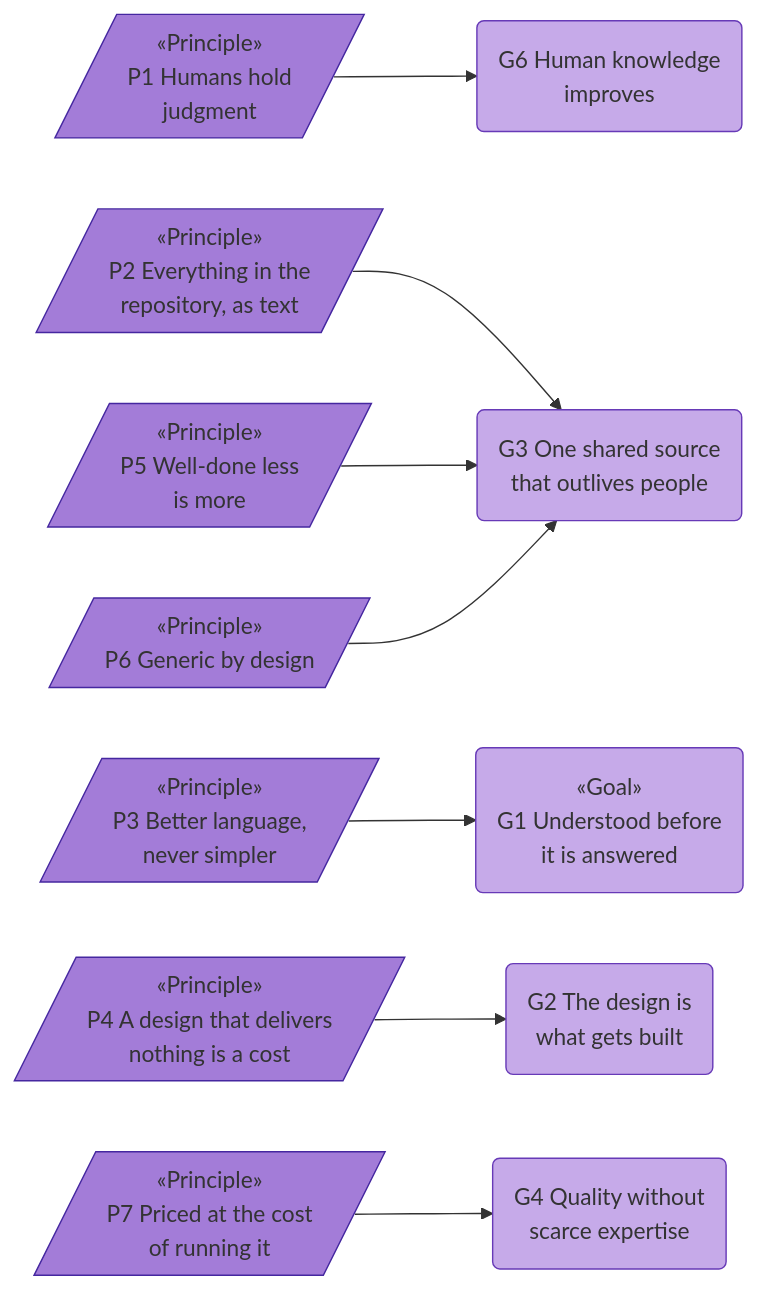
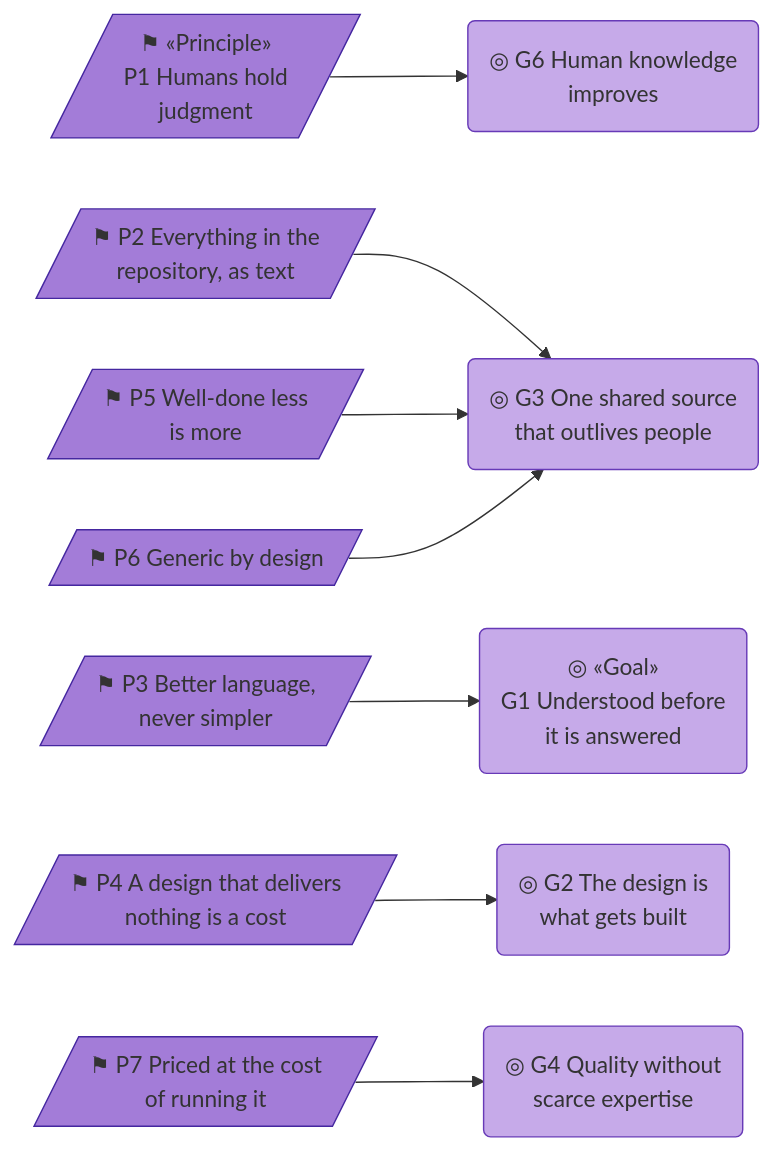
The seventh of 7 diagrams in organization/docs/ea/1_strategy/1_motivation.md (roanboc/architecture-archreator), drawn with Mermaid before and after one commit. The commit also changed other lines of this file and 7 other files, not shown here.

````diff
--- a/organization/docs/ea/1_strategy/1_motivation.md
+++ b/organization/docs/ea/1_strategy/1_motivation.md
@@ -330,27 +337,27 @@
 ```mermaid
 flowchart LR
-  p1[/"«Principle»<br>P1 Humans hold<br>judgment"/]:::principle
-  p2[/"«Principle»<br>P2 Everything in the<br>repository, as text"/]:::principle
-  p3[/"«Principle»<br>P3 Better language,<br>never simpler"/]:::principle
-  p4[/"«Principle»<br>P4 A design that delivers<br>nothing is a cost"/]:::principle
-  p5[/"«Principle»<br>P5 Well-done less<br>is more"/]:::principle
-  p6[/"«Principle»<br>P6 Generic by design"/]:::principle
-  p7[/"«Principle»<br>P7 Priced at the cost<br>of running it"/]:::principle
+  p1[/"⚑ «Principle»<br>P1 Humans hold<br>judgment"/]:::principle
+  p2[/"⚑ P2 Everything in the<br>repository, as text"/]:::principle
+  p3[/"⚑ P3 Better language,<br>never simpler"/]:::principle
+  p4[/"⚑ P4 A design that delivers<br>nothing is a cost"/]:::principle
+  p5[/"⚑ P5 Well-done less<br>is more"/]:::principle
+  p6[/"⚑ P6 Generic by design"/]:::principle
+  p7[/"⚑ P7 Priced at the cost<br>of running it"/]:::principle
 
-  g1("«Goal»<br>G1 Understood before<br>it is answered"):::goal
-  g2("G2 The design is<br>what gets built"):::goal
-  g3("G3 One shared source<br>that outlives people"):::goal
-  g4("G4 Quality without<br>scarce expertise"):::goal
-  g6("G6 Human knowledge<br>improves"):::goal
+  g1("◎ «Goal»<br>G1 Understood before<br>it is answered"):::goal
+  g2("◎ G2 The design is<br>what gets built"):::goal
+  g3("◎ G3 One shared source<br>that outlives people"):::goal
+  g4("◎ G4 Quality without<br>scarce expertise"):::goal
+  g6("◎ G6 Human knowledge<br>improves"):::goal
 
   p3 --> g1
   p4 --> g2
   p2 --> g3
   p5 --> g3
   p6 --> g3
   p7 --> g4
   p1 --> g6
 
   classDef principle fill:#a37cd8,stroke:#4527a0,color:#333
   classDef goal fill:#c6aae9,stroke:#673ab7,color:#333
 ```
````
